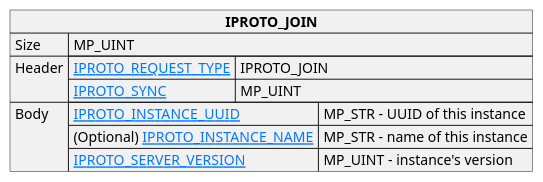
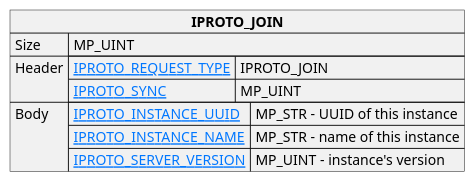
The diagram in doc/reference/internals/iproto/images/repl_join_request.puml (tarantool/doc), drawn with PlantUML before and after one commit. The commit also changed 5 other files, not shown here.

Commit message:
Remove optional marker from INSTANCE_NAME and REPLICASET_NAME keys

```diff
--- a/doc/reference/internals/iproto/images/repl_join_request.puml
+++ b/doc/reference/internals/iproto/images/repl_join_request.puml
@@ -1,23 +1,23 @@
 @startuml
 
 skinparam {
     HyperlinkColor #0077FF
     FontColor #313131
     BorderColor #313131
     BackgroundColor transparent
 }
 
 json "**IPROTO_JOIN**" as join_request {
     "Size": "MP_UINT",
     "Header": {
       "[[https://tarantool.io/en/doc/latest/reference/internals/iproto/keys IPROTO_REQUEST_TYPE]]": "IPROTO_JOIN",
       "[[https://tarantool.io/en/doc/latest/reference/internals/iproto/keys IPROTO_SYNC]]": "MP_UINT"
     },
     "Body": {
       "[[https://tarantool.io/en/doc/latest/reference/internals/iproto/keys IPROTO_INSTANCE_UUID]]": "MP_STR – UUID of this instance",
-      "(Optional) [[https://tarantool.io/en/doc/latest/reference/internals/iproto/keys IPROTO_INSTANCE_NAME]]": "MP_STR - name of this instance",
+      "[[https://tarantool.io/en/doc/latest/reference/internals/iproto/keys IPROTO_INSTANCE_NAME]]": "MP_STR - name of this instance",
       "[[https://tarantool.io/en/doc/latest/reference/internals/iproto/keys IPROTO_SERVER_VERSION]]": "MP_UINT – instance's version"
     }
 }
 
 @enduml
```
